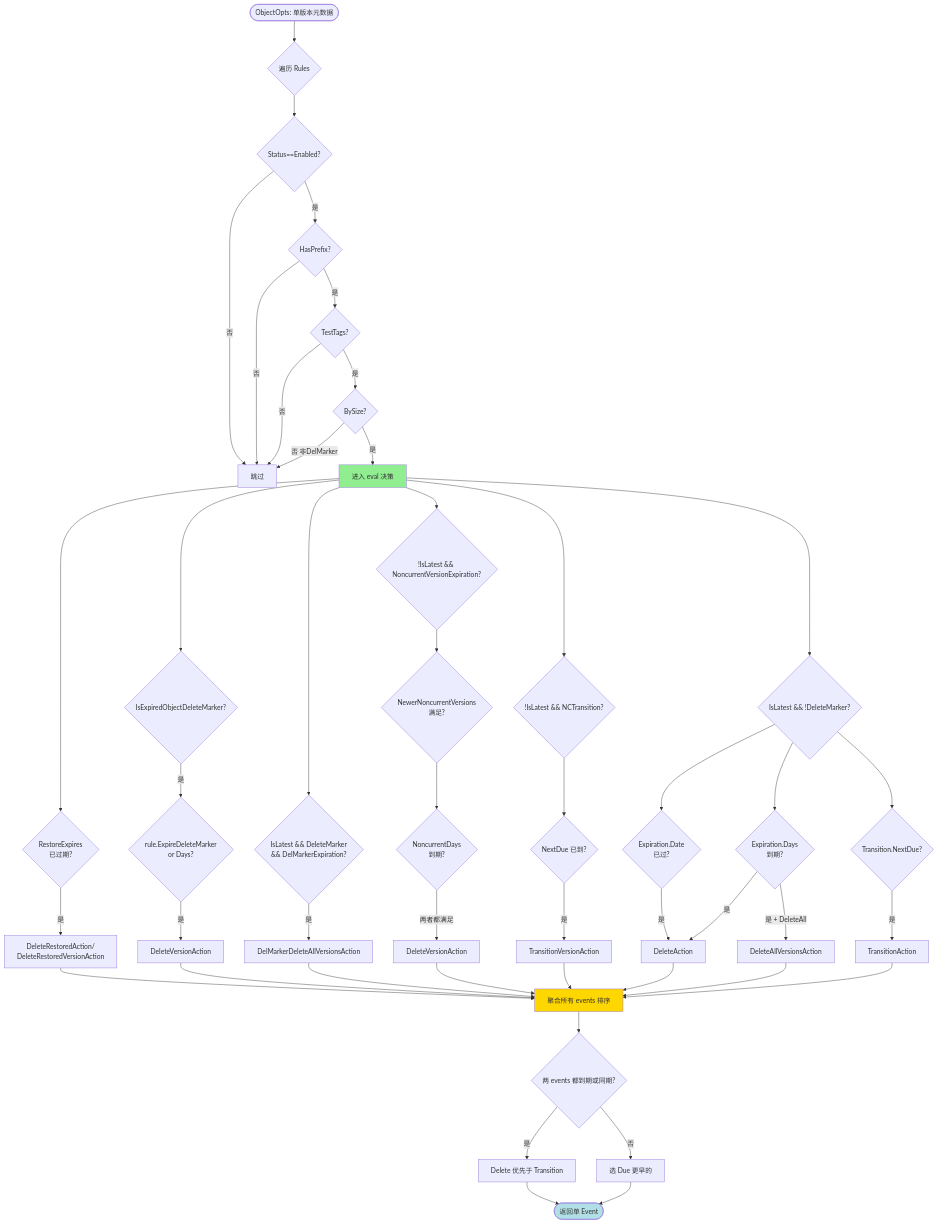
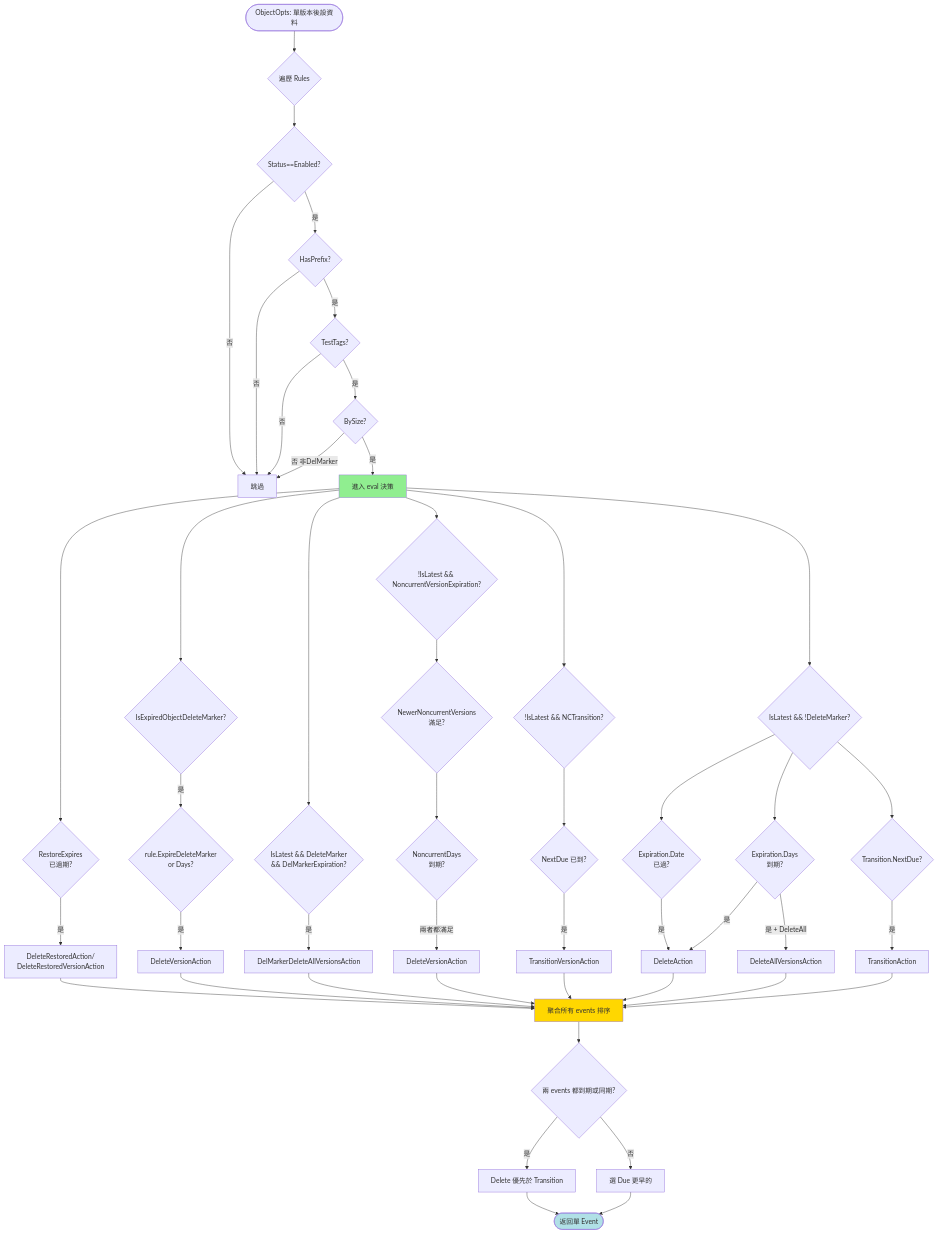
One commit to cysu01/minio changed the fourth of 5 diagrams in repo-analysis/drafts/06-module-scanner-ilm.md. Above: the diagram before and after it, drawn with Mermaid. The commit also changed other lines of this file and 14 other files, not shown here.

````diff
--- a/repo-analysis/drafts/06-module-scanner-ilm.md
+++ b/repo-analysis/drafts/06-module-scanner-ilm.md
@@ -445,60 +445,60 @@
 ```mermaid
 flowchart TD
-    Start([ObjectOpts: 单版本元数据]) --> Filter{遍历 Rules}
+    Start([ObjectOpts: 單版本後設資料]) --> Filter{遍歷 Rules}
     Filter --> Status{Status==Enabled?}
-    Status -->|否| Skip[跳过]
+    Status -->|否| Skip[跳過]
     Status -->|是| Prefix{HasPrefix?}
     Prefix -->|否| Skip
     Prefix -->|是| Tag{TestTags?}
     Tag -->|否| Skip
     Tag -->|是| Size{BySize?}
     Size -->|否 非DelMarker| Skip
-    Size -->|是| Eval[进入 eval 决策]
+    Size -->|是| Eval[進入 eval 決策]
 
-    Eval --> Restored{RestoreExpires<br/>已过期?}
+    Eval --> Restored{RestoreExpires<br/>已過期?}
     Restored -->|是| ReAct[DeleteRestoredAction/<br/>DeleteRestoredVersionAction]
 
     Eval --> ExpDM{IsExpiredObjectDeleteMarker?}
     ExpDM -->|是| DMRule{rule.ExpireDeleteMarker<br/>or Days?}
     DMRule -->|是| DMDel[DeleteVersionAction]
 
     Eval --> LatestDM{IsLatest && DeleteMarker<br/>&& DelMarkerExpiration?}
     LatestDM -->|是| DMAll[DelMarkerDeleteAllVersionsAction]
 
     Eval --> NC{!IsLatest && NoncurrentVersionExpiration?}
-    NC --> RetEnough{NewerNoncurrentVersions<br/>满足?}
+    NC --> RetEnough{NewerNoncurrentVersions<br/>滿足?}
     RetEnough --> OldEnough{NoncurrentDays<br/>到期?}
-    OldEnough -->|两者都满足| NCDel[DeleteVersionAction]
+    OldEnough -->|兩者都滿足| NCDel[DeleteVersionAction]
 
     Eval --> NCTrans{!IsLatest && NCTransition?}
     NCTrans --> NCTransDue{NextDue 已到?}
     NCTransDue -->|是| TransV[TransitionVersionAction]
 
     Eval --> Latest{IsLatest && !DeleteMarker?}
-    Latest --> ExpDate{Expiration.Date<br/>已过?}
+    Latest --> ExpDate{Expiration.Date<br/>已過?}
     ExpDate -->|是| Del[DeleteAction]
     Latest --> ExpDays{Expiration.Days<br/>到期?}
     ExpDays -->|是 + DeleteAll| AllDel[DeleteAllVersionsAction]
     ExpDays -->|是| Del
     Latest --> TransDue{Transition.NextDue?}
     TransDue -->|是| Trans[TransitionAction]
 
     ReAct --> Sort[聚合所有 events 排序]
     DMDel --> Sort
     DMAll --> Sort
     NCDel --> Sort
     TransV --> Sort
     Del --> Sort
     AllDel --> Sort
     Trans --> Sort
 
-    Sort --> Pri{两 events 都到期或同期?}
-    Pri -->|是| Expire[Delete 优先于 Transition]
-    Pri -->|否| Earlier[选 Due 更早的]
-    Expire --> Out([返回单 Event])
+    Sort --> Pri{兩 events 都到期或同期?}
+    Pri -->|是| Expire[Delete 優先於 Transition]
+    Pri -->|否| Earlier[選 Due 更早的]
+    Expire --> Out([返回單 Event])
     Earlier --> Out
 
     style Eval fill:#90ee90
     style Sort fill:#ffd700
     style Out fill:#b0e0e6
 ```
````
